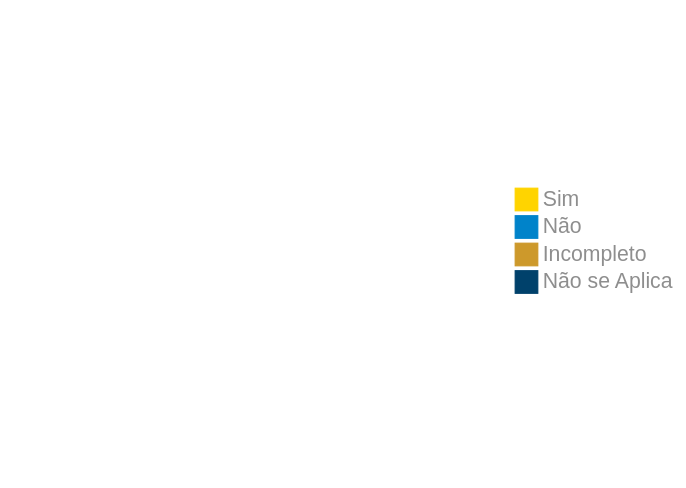
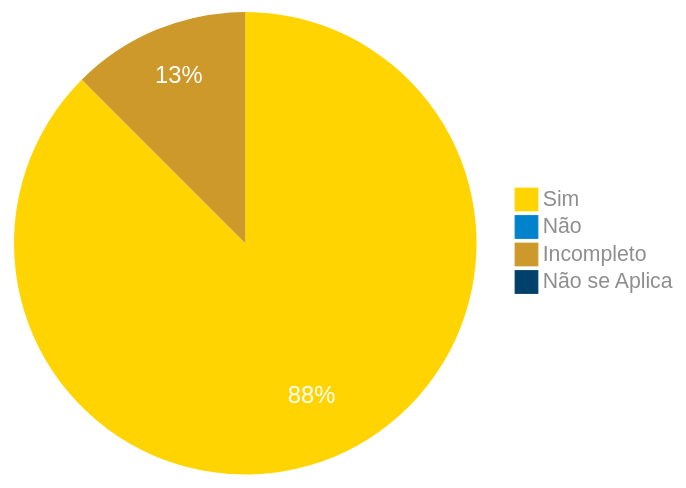
Before and after one commit to claudiohsc/2024.1-Correios: the diagram in docs/verificacao_01/grupo/DAD/nivel1/storyboard/planejamento_do_relato.md, drawn with Mermaid. The commit also changed other lines of this file, not shown here.

````diff
--- a/docs/verificacao_01/grupo/DAD/nivel1/storyboard/planejamento_do_relato.md
+++ b/docs/verificacao_01/grupo/DAD/nivel1/storyboard/planejamento_do_relato.md
@@ -86,24 +86,24 @@
 ``` mermaid
 %%{
   init: {
     'theme': 'base',
     'themeVariables': {
         'primaryColor': '#FFD400',
         'secondaryColor': '#0083CA',
         'tertiaryColor': '#CD992B',
         'pie4': '#00416B',
         'primaryTextColor': '#8e8e8e',
         'pieStrokeWidth': '0px',
         'pieOuterStrokeWidth': '0px',
         'pieOpacity': '1',
         'pieSectionTextColor': '#fff',
         'pieSectionTextSize': '19px'
     }
   }
 }%%
 pie
-    "Sim" : 0
+    "Sim" : 7
     "Não" : 0
-    "Incompleto" : 0
+    "Incompleto" : 1
     "Não se Aplica" : 0
 ```
````
